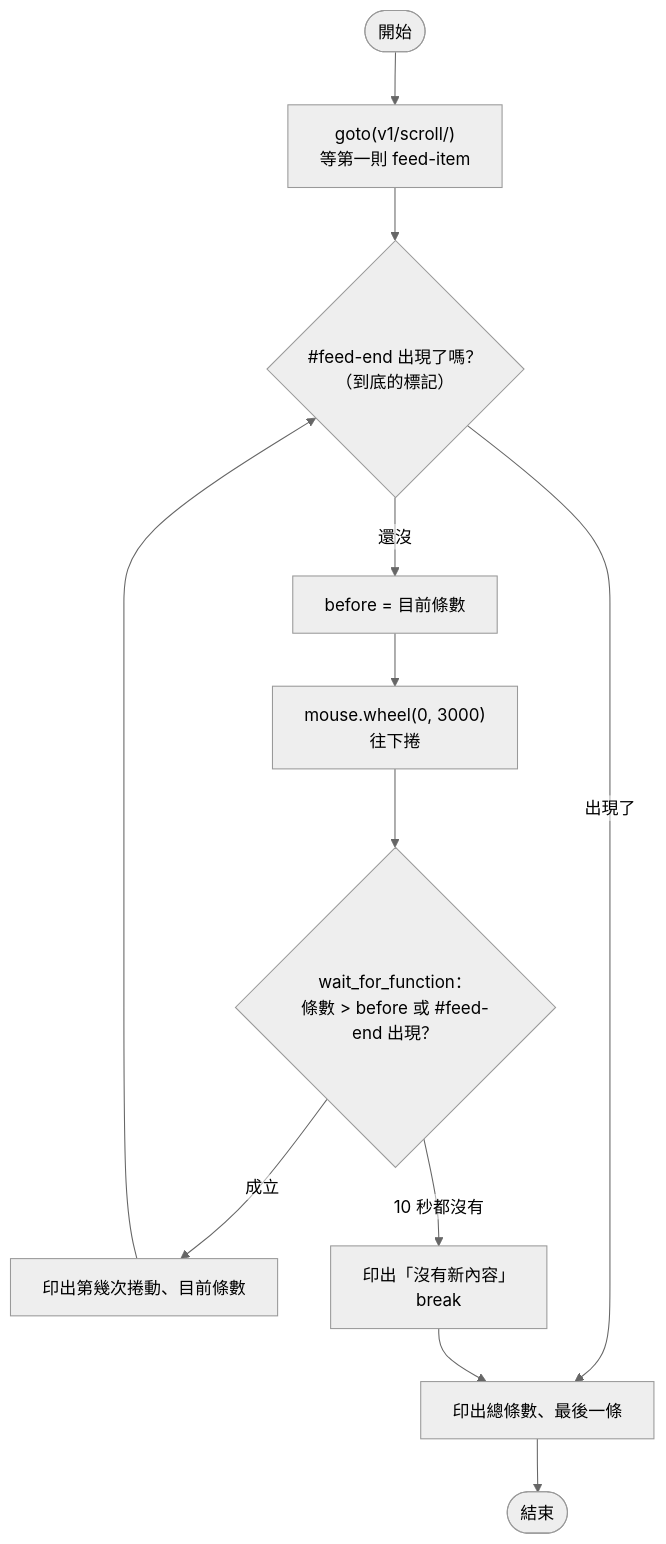
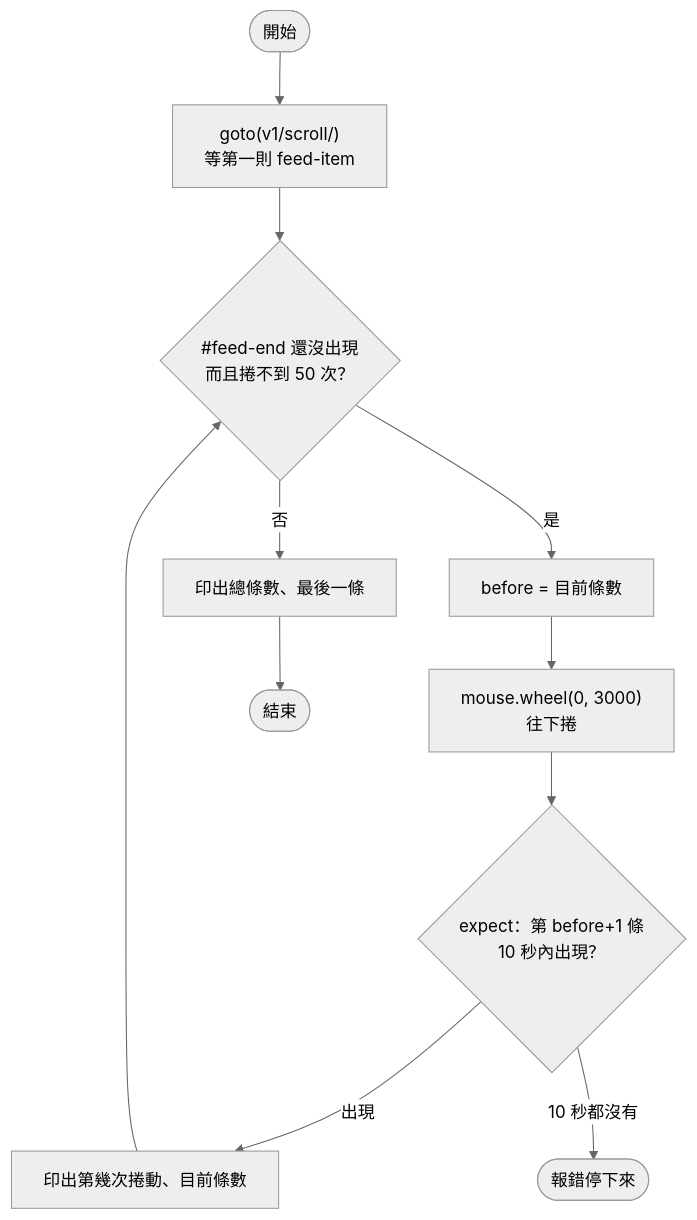
One commit to 4-learn/python-web-crawler-demo changed the second of 4 diagrams in docs/10.md. Above: the diagram before and after it, drawn with Mermaid (neutral theme). The commit also changed other lines of this file and 2 other files, not shown here.

Commit message:
[pm] docs: 10 拿掉舊版臉書題與 Selenium 反例、無限捲動改用 expect（不寫 JavaScript、不用 try）、貼完整 login_and_save.py、Workshop 拆課堂／延伸

````diff
--- a/docs/10.md
+++ b/docs/10.md
@@ -101,15 +109,13 @@
 ```mermaid
-%%{init: {"flowchart": {"htmlLabels": false}}}%%
 flowchart TD
     A([開始]) --> B["goto(v1/scroll/)<br/>等第一則 feed-item"]
-    B --> C{"#feed-end 出現了嗎？<br/>（到底的標記）"}
-    C -->|還沒| D["before = 目前條數"]
+    B --> C{"#feed-end 還沒出現<br/>而且捲不到 50 次？"}
+    C -->|是| D["before = 目前條數"]
     D --> E["mouse.wheel(0, 3000)<br/>往下捲"]
-    E --> F{"wait_for_function：<br/>條數 > before 或 #feed-end 出現？"}
-    F -->|成立| G["印出第幾次捲動、目前條數"]
+    E --> F{"expect：第 before+1 條<br/>10 秒內出現？"}
+    F -->|出現| G["印出第幾次捲動、目前條數"]
     G --> C
-    F -->|10 秒都沒有| H["印出「沒有新內容」<br/>break"]
-    C -->|出現了| I["印出總條數、最後一條"]
-    H --> I
+    F -->|10 秒都沒有| X([報錯停下來])
+    C -->|否| I["印出總條數、最後一條"]
     I --> J([結束])
 ```
````
